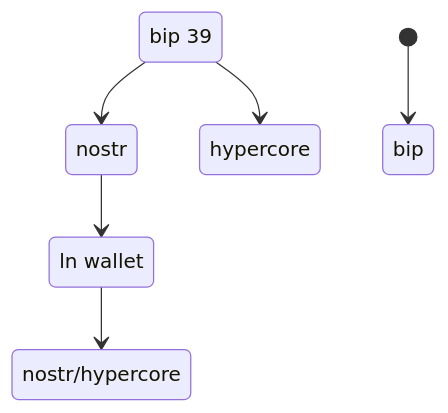
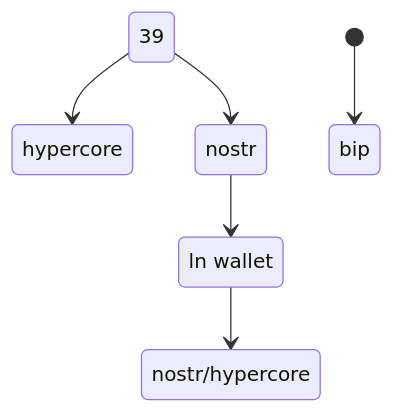
Before and after one commit to AreaLayer/FireBolt: the diagram in README.md, drawn with Mermaid.

````diff
--- a/README.md
+++ b/README.md
@@ -43,13 +43,12 @@
 ```mermaid
 stateDiagram
     wallet: ln wallet
     hypercore: hypercore
-    bip 39: bip 39
     nostr: nostr
 
     [*] --> bip 39
     bip 39 --> nostr
     bip 39 --> hypercore
     nostr --> wallet
     wallet --> nostr/hypercore
 ```
````
